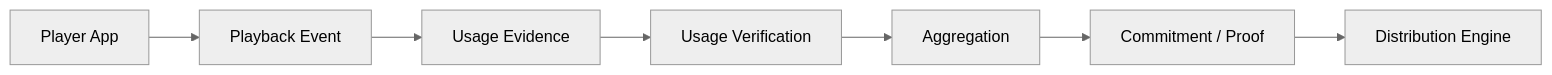
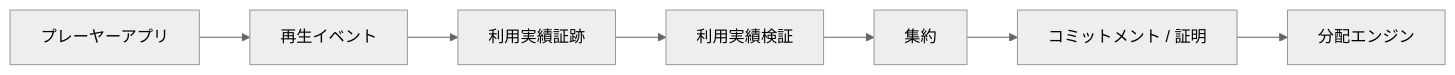
The first of 4 diagrams in docs/adr/ADR-0005-usage-oracle.md (ShigeichiroYamasaki/creator-first-platform), drawn with Mermaid (neutral theme) before and after one commit. The commit also changed other lines of this file and 72 other files, not shown here.

````diff
--- a/docs/adr/ADR-0005-usage-oracle.md
+++ b/docs/adr/ADR-0005-usage-oracle.md
@@ -52,12 +52,12 @@
 ```mermaid
 flowchart LR
-    PLAYER[Player App]
-    EVENT[Playback Event]
-    EVIDENCE[Usage Evidence]
-    VERIFY[Usage Verification]
-    AGG[Aggregation]
-    PROOF[Commitment / Proof]
-    DIST[Distribution Engine]
+    PLAYER[プレーヤーアプリ]
+    EVENT[再生イベント]
+    EVIDENCE[利用実績証跡]
+    VERIFY[利用実績検証]
+    AGG[集約]
+    PROOF[コミットメント / 証明]
+    DIST[分配エンジン]
 
     PLAYER --> EVENT --> EVIDENCE --> VERIFY --> AGG --> PROOF --> DIST
 ```
````
